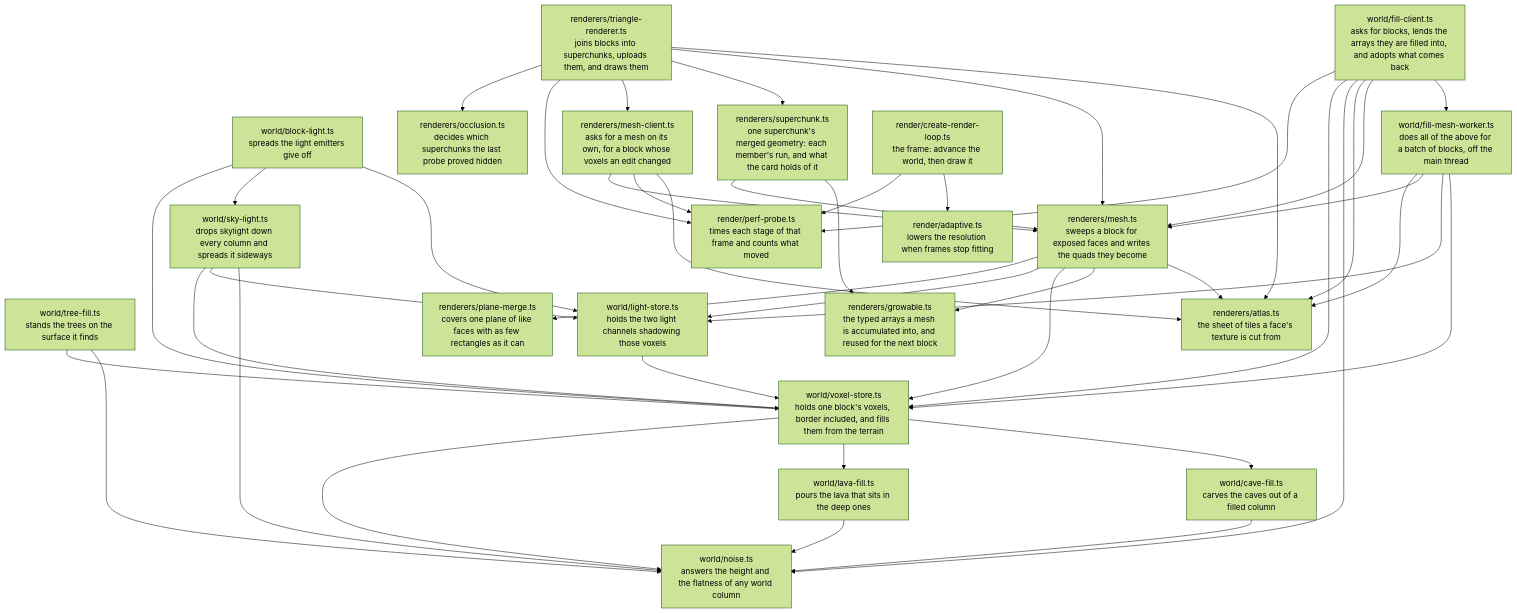
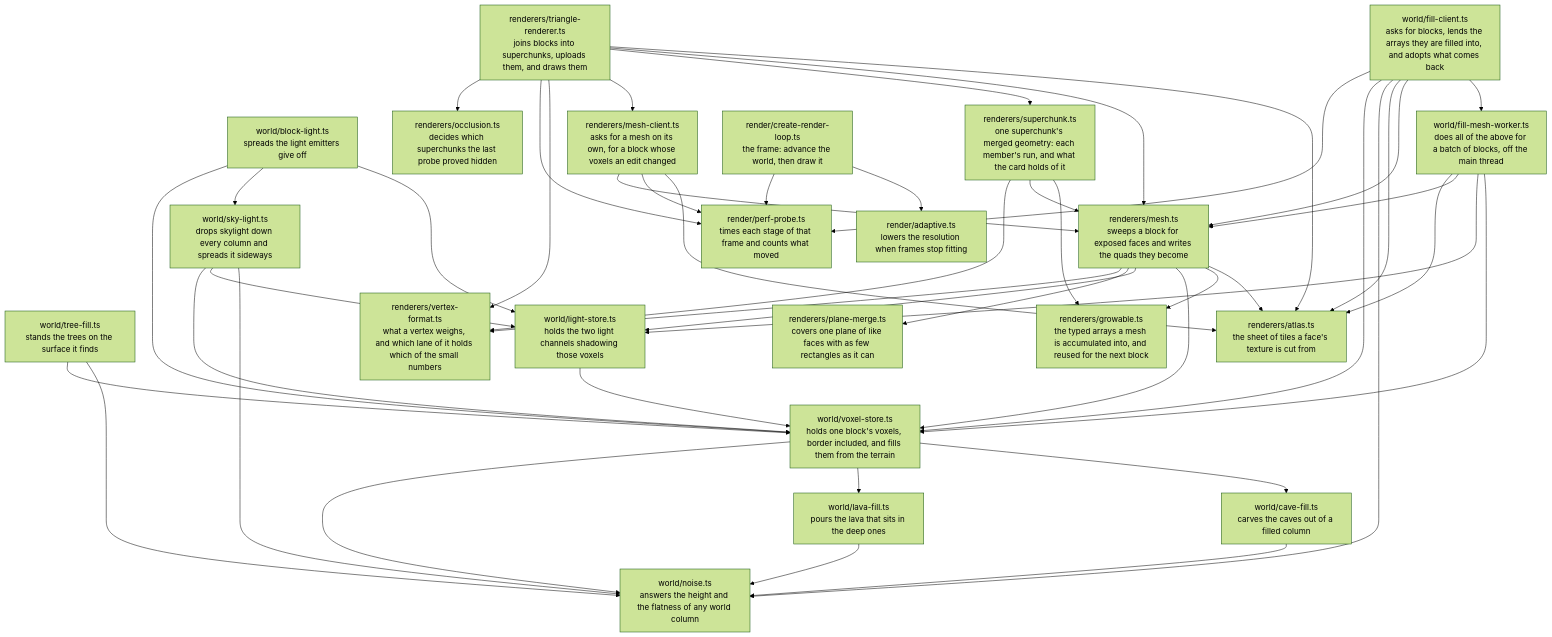
Before and after one commit to clinuxrulz/big-mesh-studios: the diagram in apps/voxelscape/docs/voxel-rendering.md, drawn with Mermaid (forest theme). The commit also changed other lines of this file and 13 other files, not shown here.

````diff
--- a/apps/voxelscape/docs/voxel-rendering.md
+++ b/apps/voxelscape/docs/voxel-rendering.md
@@ -8,66 +8,70 @@
 ```mermaid
 graph TD
   world_noise["world/noise.ts<br/>answers the height and the flatness of any world column"]
   world_voxel_store["world/voxel-store.ts<br/>holds one block's voxels, border included, and fills them from the terrain"]
   world_cave_fill["world/cave-fill.ts<br/>carves the caves out of a filled column"]
   world_lava_fill["world/lava-fill.ts<br/>pours the lava that sits in the deep ones"]
   world_tree_fill["world/tree-fill.ts<br/>stands the trees on the surface it finds"]
   world_light_store["world/light-store.ts<br/>holds the two light channels shadowing those voxels"]
   world_sky_light["world/sky-light.ts<br/>drops skylight down every column and spreads it sideways"]
   world_block_light["world/block-light.ts<br/>spreads the light emitters give off"]
   renderers_plane_merge["renderers/plane-merge.ts<br/>covers one plane of like faces with as few rectangles as it can"]
   renderers_superchunk["renderers/superchunk.ts<br/>one superchunk's merged geometry: each member's run, and what the card holds of it"]
   renderers_mesh["renderers/mesh.ts<br/>sweeps a block for exposed faces and writes the quads they become"]
+  renderers_vertex_format["renderers/vertex-format.ts<br/>what a vertex weighs, and which lane of it holds which of the small numbers"]
   renderers_growable["renderers/growable.ts<br/>the typed arrays a mesh is accumulated into, and reused for the next block"]
   world_fill_mesh_worker["world/fill-mesh-worker.ts<br/>does all of the above for a batch of blocks, off the main thread"]
   world_fill_client["world/fill-client.ts<br/>asks for blocks, lends the arrays they are filled into, and adopts what comes back"]
   renderers_mesh_client["renderers/mesh-client.ts<br/>asks for a mesh on its own, for a block whose voxels an edit changed"]
   renderers_atlas["renderers/atlas.ts<br/>the sheet of tiles a face's texture is cut from"]
   renderers_triangle_renderer["renderers/triangle-renderer.ts<br/>joins blocks into superchunks, uploads them, and draws them"]
   renderers_occlusion["renderers/occlusion.ts<br/>decides which superchunks the last probe proved hidden"]
   render_create_render_loop["render/create-render-loop.ts<br/>the frame: advance the world, then draw it"]
   render_perf_probe["render/perf-probe.ts<br/>times each stage of that frame and counts what moved"]
   render_adaptive["render/adaptive.ts<br/>lowers the resolution when frames stop fitting"]
   world_voxel_store --> world_cave_fill
   world_voxel_store --> world_lava_fill
   world_voxel_store --> world_noise
   world_cave_fill --> world_noise
   world_lava_fill --> world_noise
   world_tree_fill --> world_noise
   world_tree_fill --> world_voxel_store
   world_light_store --> world_voxel_store
   world_sky_light --> world_noise
   world_sky_light --> world_light_store
   world_sky_light --> world_voxel_store
   world_block_light --> world_light_store
   world_block_light --> world_sky_light
   world_block_light --> world_voxel_store
   renderers_superchunk --> renderers_growable
   renderers_superchunk --> renderers_mesh
+  renderers_superchunk --> renderers_vertex_format
   renderers_mesh --> renderers_atlas
   renderers_mesh --> renderers_growable
   renderers_mesh --> world_voxel_store
   renderers_mesh --> world_light_store
   renderers_mesh --> renderers_plane_merge
+  renderers_mesh --> renderers_vertex_format
   world_fill_mesh_worker --> world_voxel_store
   world_fill_mesh_worker --> world_light_store
   world_fill_mesh_worker --> renderers_mesh
   world_fill_mesh_worker --> renderers_atlas
   world_fill_client --> world_fill_mesh_worker
   world_fill_client --> renderers_mesh
   world_fill_client --> renderers_atlas
   world_fill_client --> world_noise
   world_fill_client --> world_voxel_store
   world_fill_client --> render_perf_probe
   renderers_mesh_client --> renderers_atlas
   renderers_mesh_client --> render_perf_probe
   renderers_mesh_client --> renderers_mesh
   renderers_triangle_renderer --> renderers_atlas
   renderers_triangle_renderer --> renderers_mesh
   renderers_triangle_renderer --> renderers_superchunk
   renderers_triangle_renderer --> renderers_mesh_client
+  renderers_triangle_renderer --> renderers_vertex_format
   renderers_triangle_renderer --> render_perf_probe
   renderers_triangle_renderer --> renderers_occlusion
   render_create_render_loop --> render_adaptive
   render_create_render_loop --> render_perf_probe
 ```
````
